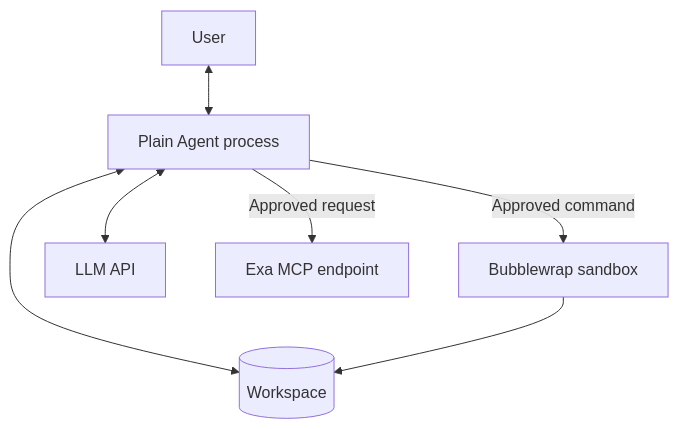
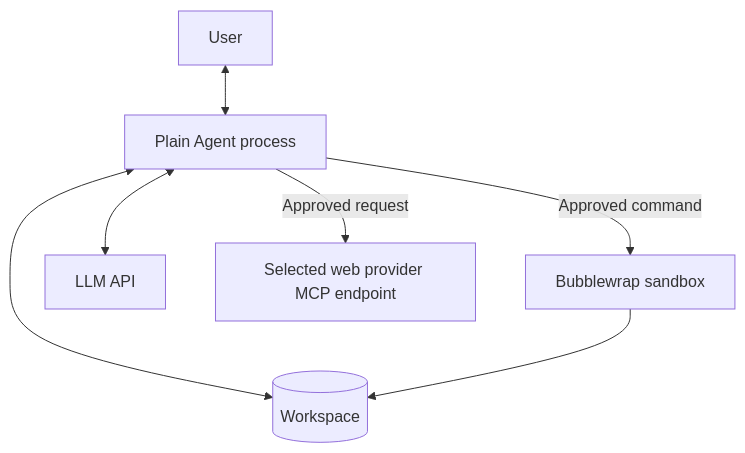
One commit to ribomo/plain-agent changed the fifth of 6 diagrams in docs/architecture.md. Above: the diagram before and after it, drawn with Mermaid. The commit also changed other lines of this file and 13 other files, not shown here.

Commit message:
Add opt-in Parallel web search and fetch provider

````diff
--- a/docs/architecture.md
+++ b/docs/architecture.md
@@ -167,16 +167,16 @@
 ```mermaid
 flowchart TB
     User[User]
     Agent[Plain Agent process]
     Workspace[(Workspace)]
     Sandbox[Bubblewrap sandbox]
     LLM[LLM API]
-    Exa[Exa MCP endpoint]
+    Exa[Selected web provider MCP endpoint]
 
     User <--> Agent
     Agent <--> Workspace
     Agent <--> LLM
     Agent -->|Approved request| Exa
     Agent -->|Approved command| Sandbox
     Sandbox --> Workspace
 ```
````
